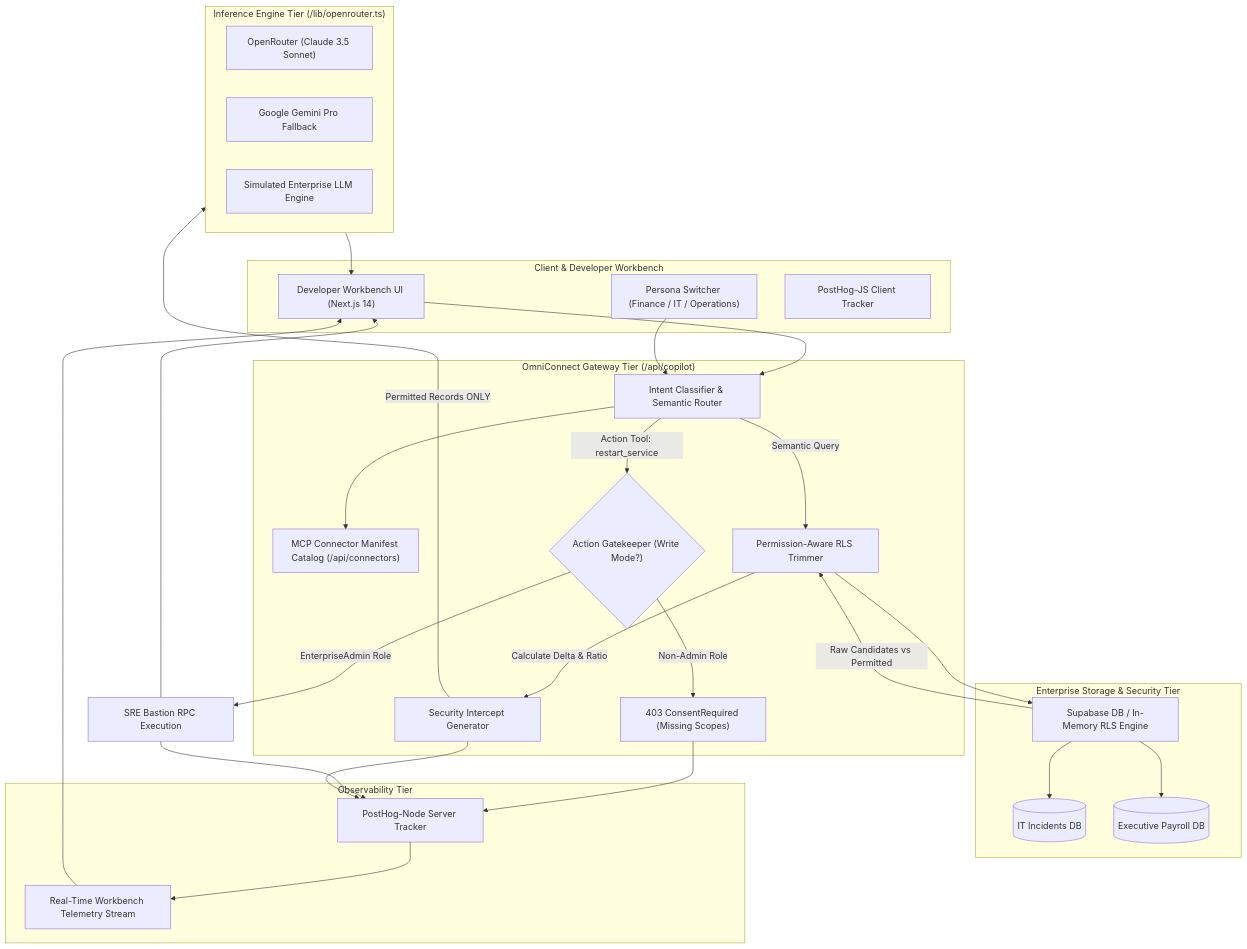
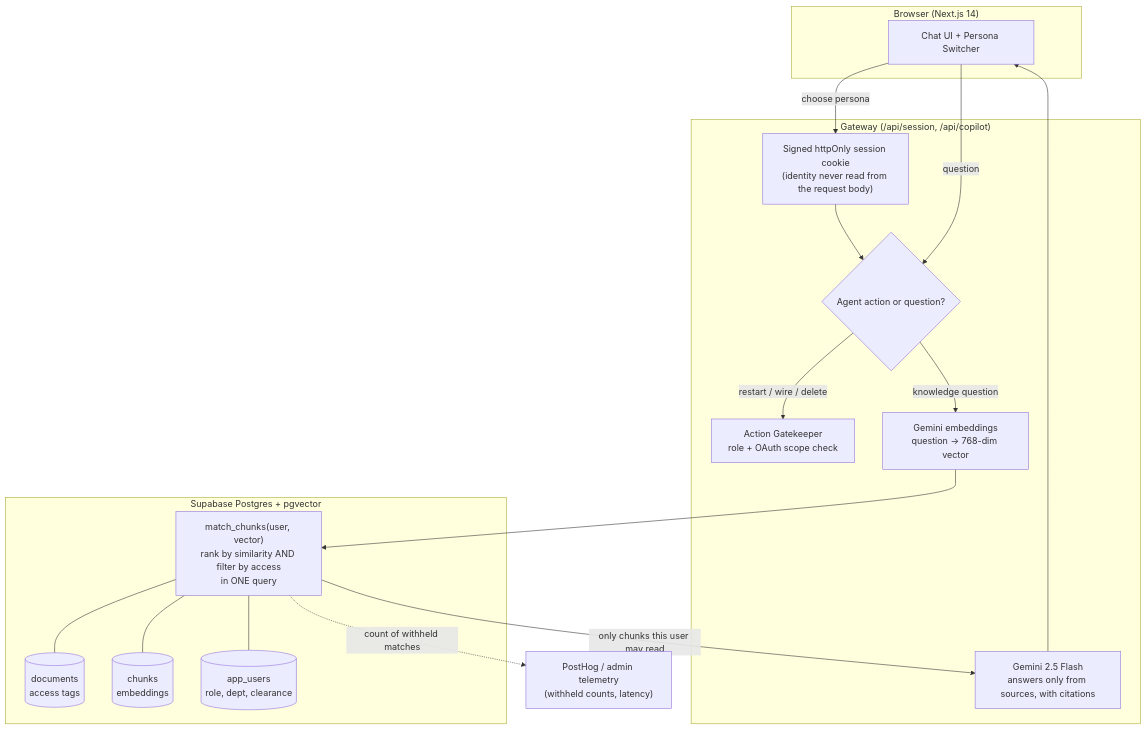
One commit to rarima-rajeev/Omniconnect---enterprise-knowledge-search-ai-assistant changed the diagram in README.md. Above: the diagram before and after it, drawn with Mermaid. The commit also changed other lines of this file and 67 other files, not shown here.

First line of the commit message:
feat: permission-aware RAG with pgvector, Gemini embeddings, and evals

````diff
--- a/README.md
+++ b/README.md
@@ -27,59 +27,36 @@
 ```mermaid
 flowchart TD
-    subgraph Client ["Client & Developer Workbench"]
-        UI["Developer Workbench UI (Next.js 14)"]
-        Persona["Persona Switcher (Finance / IT / Operations)"]
-        PHClient["PostHog-JS Client Tracker"]
+    subgraph Client ["Browser (Next.js 14)"]
+        UI["Chat UI + Persona Switcher"]
     end
 
-    subgraph Gateway ["OmniConnect Gateway Tier (/api/copilot)"]
-        Router["Intent Classifier & Semantic Router"]
-        MCP["MCP Connector Manifest Catalog (/api/connectors)"]
-        Gatekeeper{"Action Gatekeeper (Write Mode?)"}
-        ConsentBlock["403 ConsentRequired (Missing Scopes)"]
-        RLSTrimmer["Permission-Aware RLS Trimmer"]
-        AuditNote["Security Intercept Generator"]
+    subgraph Gateway ["Gateway (/api/session, /api/copilot)"]
+        Session["Signed httpOnly session cookie<br/>(identity never read from the request body)"]
+        Router{"Agent action or question?"}
+        Gatekeeper["Action Gatekeeper<br/>role + OAuth scope check"]
+        Embed["Gemini embeddings<br/>question → 768-dim vector"]
+        Answer["Gemini 2.5 Flash<br/>answers only from sources, with citations"]
     end
 
-    subgraph Storage ["Enterprise Storage & Security Tier"]
-        Supabase["Supabase DB / In-Memory RLS Engine"]
-        ITData[("IT Incidents DB")]
-        PayData[("Executive Payroll DB")]
+    subgraph Supabase ["Supabase Postgres + pgvector"]
+        Match["match_chunks(user, vector)<br/>rank by similarity AND filter by access<br/>in ONE query"]
+        Docs[("documents<br/>access tags")]
+        Chunks[("chunks<br/>embeddings")]
+        Users[("app_users<br/>role, dept, clearance")]
     end
 
-    subgraph Inference ["Inference Engine Tier (/lib/openrouter.ts)"]
-        OpenRouter["OpenRouter (Claude 3.5 Sonnet)"]
-        Gemini["Google Gemini Pro Fallback"]
-        MockLLM["Simulated Enterprise LLM Engine"]
-    end
+    Obs["PostHog / admin telemetry<br/>(withheld counts, latency)"]
 
-    subgraph Observability ["Observability Tier"]
-        PHNode["PostHog-Node Server Tracker"]
-        Feed["Real-Time Workbench Telemetry Stream"]
-    end
-
-    UI --> Router
-    Persona --> Router
-    Router --> MCP
-
-    %% Action Tool Path
-    Router -->|Action Tool: restart_service| Gatekeeper
-    Gatekeeper -->|Non-Admin Role| ConsentBlock
-    ConsentBlock --> PHNode
-    Gatekeeper -->|EnterpriseAdmin Role| ActionExec["SRE Bastion RPC Execution"]
-    ActionExec --> PHNode
-    ActionExec --> UI
-
-    %% Retrieval Path
-    Router -->|Semantic Query| RLSTrimmer
-    RLSTrimmer --> Supabase
-    Supabase --> ITData
-    Supabase --> PayData
-    Supabase -->|Raw Candidates vs Permitted| RLSTrimmer
-    RLSTrimmer -->|Calculate Delta & Ratio| AuditNote
-    AuditNote --> PHNode
-    AuditNote -->|Permitted Records ONLY| Inference
-    Inference --> UI
-    PHNode --> Feed
-    Feed --> UI
+    UI -->|choose persona| Session
+    UI -->|question| Router
+    Session --> Router
+    Router -->|restart / wire / delete| Gatekeeper
+    Router -->|knowledge question| Embed
+    Embed --> Match
+    Match --- Docs
+    Match --- Chunks
+    Match --- Users
+    Match -->|only chunks this user may read| Answer
+    Answer --> UI
+    Match -.->|count of withheld matches| Obs
 ```
````
